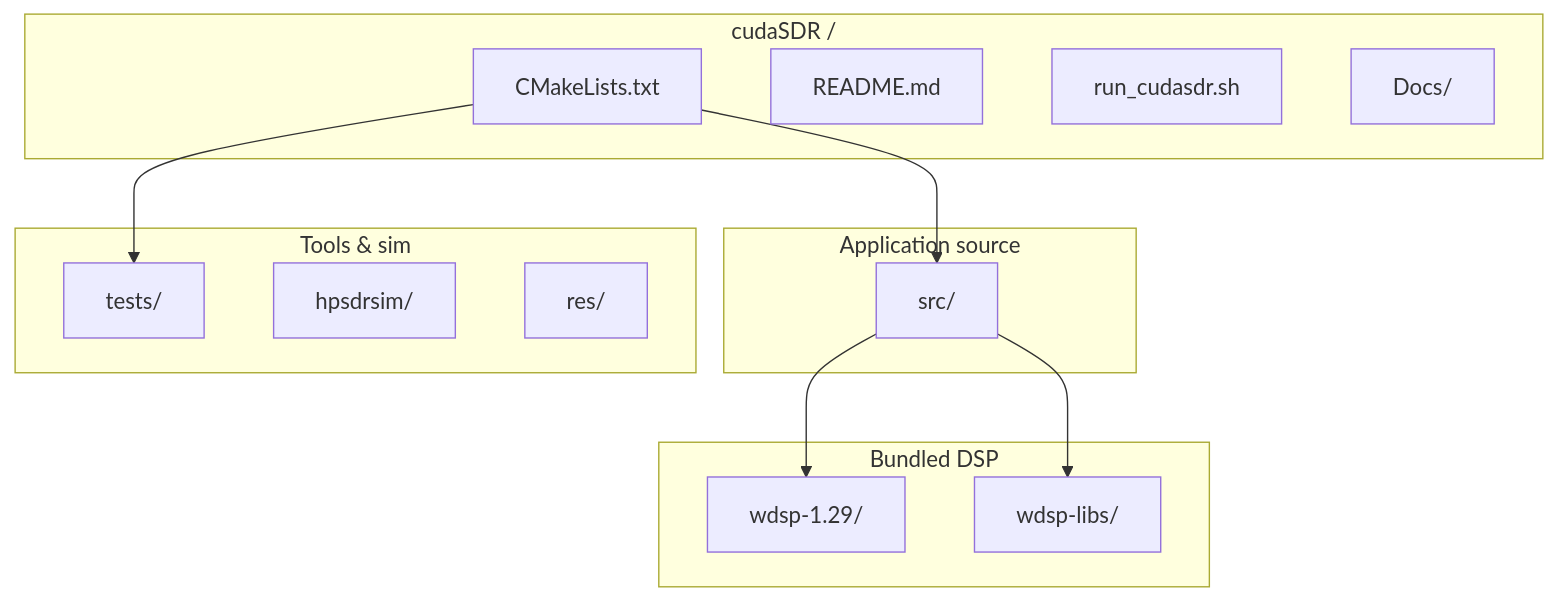
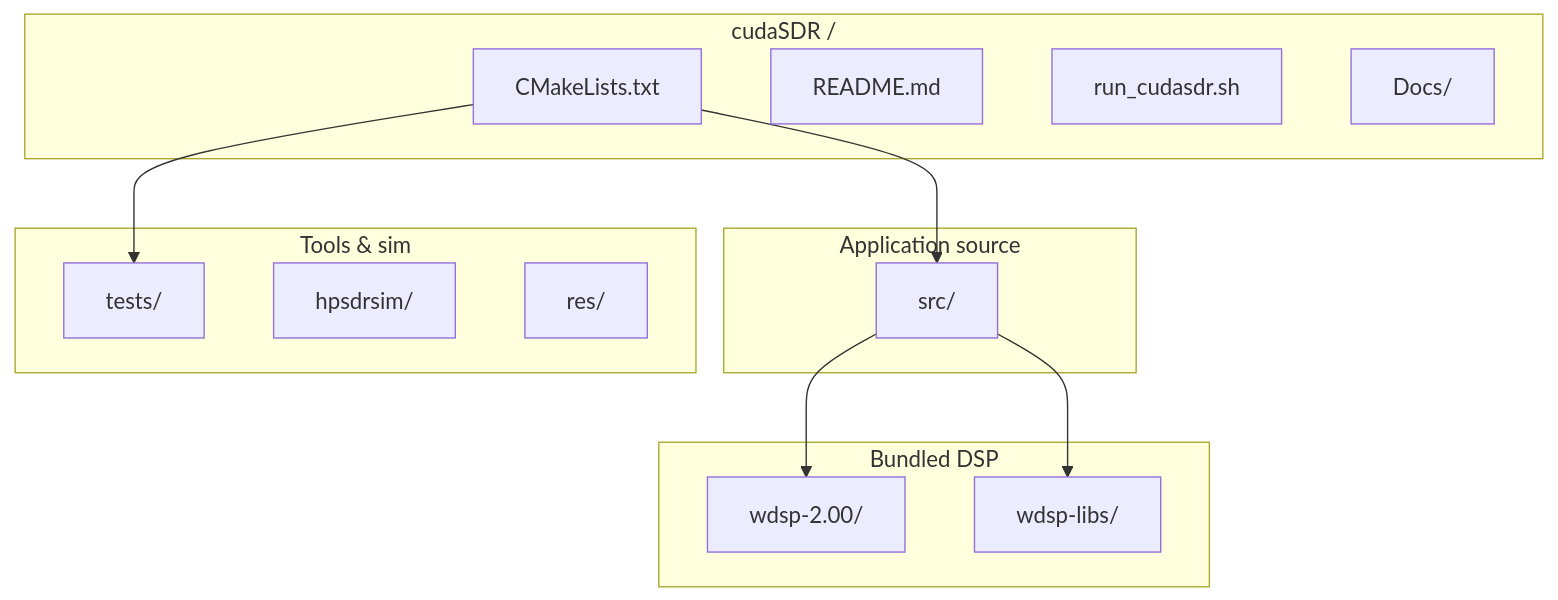
The first of 3 diagrams in Docs/codebase_architecture.md (zl2brg/cudaSDR), drawn with Mermaid before and after one commit. The commit also changed other lines of this file and 154 other files, not shown here.

````diff
--- a/Docs/codebase_architecture.md
+++ b/Docs/codebase_architecture.md
@@ -9,29 +9,29 @@
 ```mermaid
 flowchart TB
   subgraph root["cudaSDR /"]
     CM[CMakeLists.txt]
     README[README.md]
     RUN[run_cudasdr.sh]
     DOC[Docs/]
   end
 
   subgraph app["Application source"]
     SRC[src/]
   end
 
   subgraph dsp["Bundled DSP"]
-    WDSP[wdsp-1.29/]
+    WDSP[wdsp-2.00/]
     WLIB[wdsp-libs/]
   end
 
   subgraph other["Tools & sim"]
     TESTS[tests/]
     HPSIM[hpsdrsim/]
     RES[res/]
   end
 
   CM --> SRC
   SRC --> WDSP
   SRC --> WLIB
   CM --> TESTS
 ```
````
